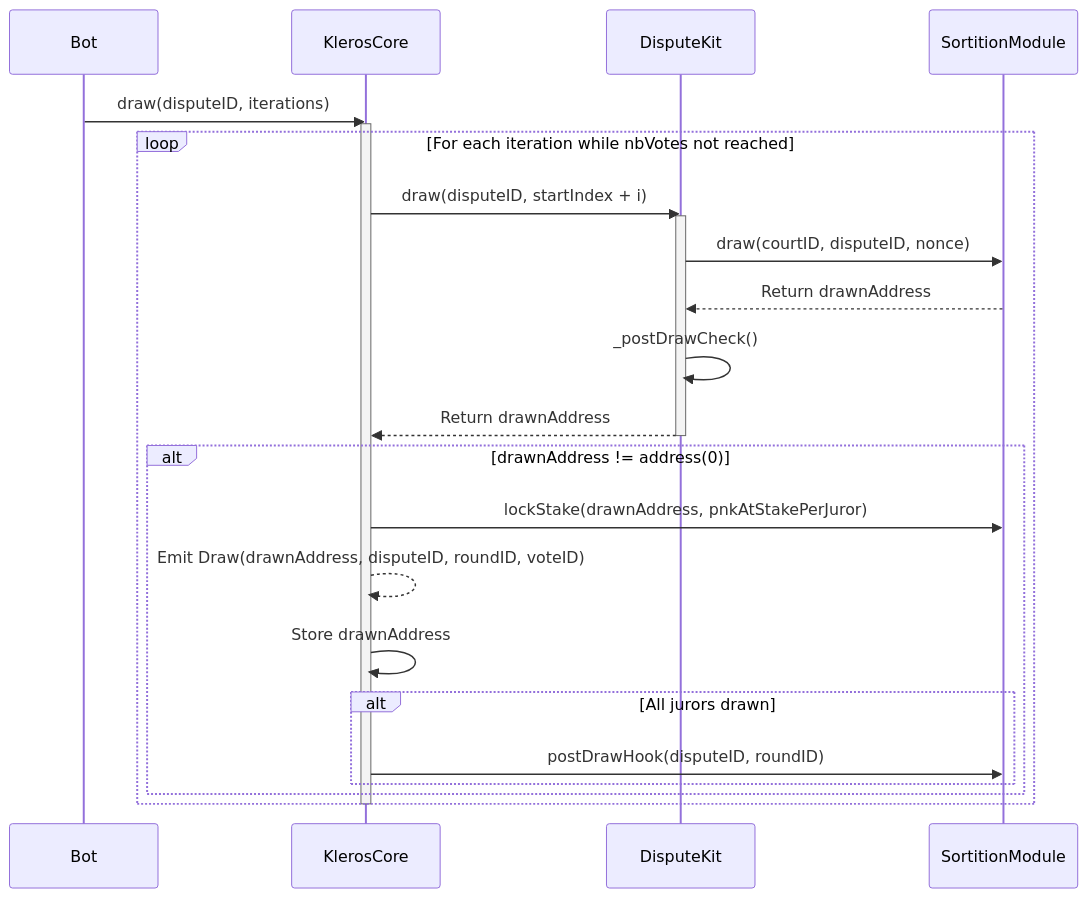
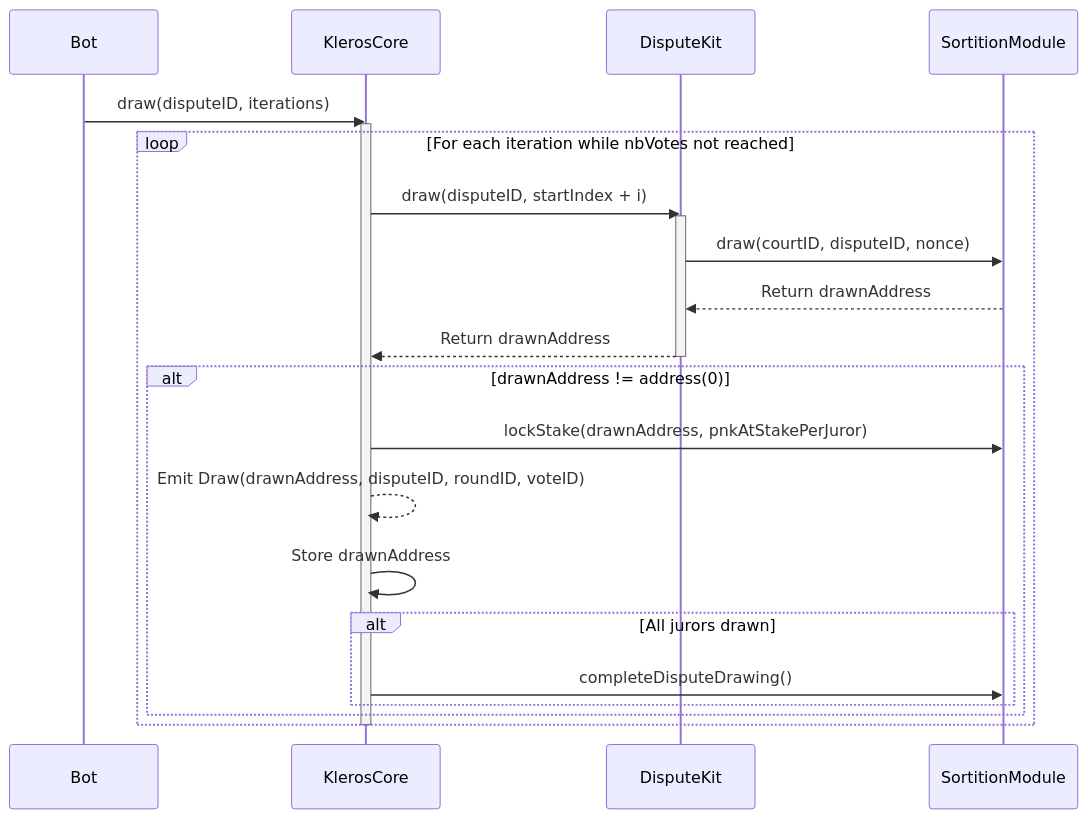
One commit to kleros/kleros-v2 changed the second of 2 diagrams in contracts/specifications/sortition-module.md. Above: the diagram before and after it, drawn with Mermaid. The commit also changed other lines of this file and 105 other files, not shown here.

````diff
--- a/contracts/specifications/sortition-module.md
+++ b/contracts/specifications/sortition-module.md
@@ -177,28 +102,27 @@
 ```mermaid
 sequenceDiagram
     participant Bot
     participant KlerosCore
     participant DisputeKit
     participant SortitionModule
 
     Bot->>KlerosCore: draw(disputeID, iterations)
     activate KlerosCore
     loop For each iteration while nbVotes not reached
         KlerosCore->>DisputeKit: draw(disputeID, startIndex + i)
         activate DisputeKit
         DisputeKit->>SortitionModule: draw(courtID, disputeID, nonce)
         SortitionModule-->>DisputeKit: Return drawnAddress
-        DisputeKit->>DisputeKit: _postDrawCheck()
         DisputeKit-->>KlerosCore: Return drawnAddress
         deactivate DisputeKit
         alt drawnAddress != address(0)
             KlerosCore->>SortitionModule: lockStake(drawnAddress, pnkAtStakePerJuror)
             KlerosCore-->>KlerosCore: Emit Draw(drawnAddress, disputeID, roundID, voteID)
             KlerosCore->>KlerosCore: Store drawnAddress
             alt All jurors drawn
-                KlerosCore->>SortitionModule: postDrawHook(disputeID, roundID)
+                KlerosCore->>SortitionModule: completeDisputeDrawing()
             end
         end
     end
     deactivate KlerosCore
 ```
````
